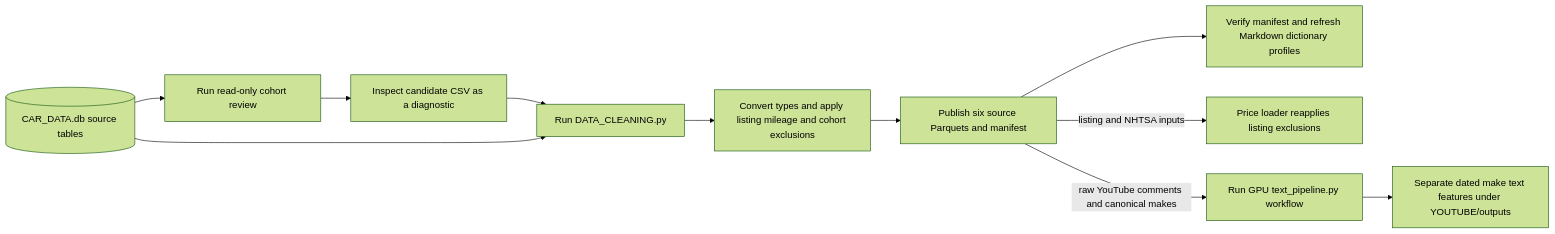
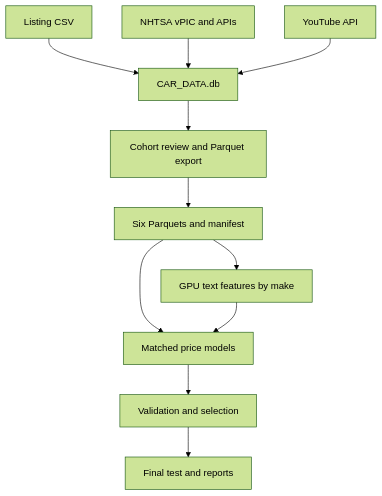
One commit to danielrdgez/DataScience_Capstone_Cars changed the diagram in README.md. Above: the diagram before and after it, drawn with Mermaid (forest theme). The commit also changed other lines of this file and 2 other files, not shown here.

Commit message:
Streamline project documentation and data dictionary

````diff
--- a/README.md
+++ b/README.md
@@ -487,13 +36,23 @@
 ```mermaid
-flowchart LR
-    DB[("CAR_DATA.db source tables")] --> R["Run read-only cohort review"]
-    R --> C["Inspect candidate CSV as a diagnostic"]
-    C --> X["Run DATA_CLEANING.py"]
-    DB --> X
-    X --> T["Convert types and apply listing mileage and cohort exclusions"]
-    T --> O["Publish six source Parquets and manifest"]
-    O --> P["Verify manifest and refresh Markdown dictionary profiles"]
-    O -->|listing and NHTSA inputs| M["Price loader reapplies listing exclusions"]
-    O -->|raw YouTube comments and canonical makes| Y["Run GPU text_pipeline.py workflow"]
-    Y --> F["Separate dated make text features under YOUTUBE/outputs"]
+flowchart TB
+  K["Listing CSV"]
+  N["NHTSA vPIC and APIs"]
+  Y["YouTube API"]
+  DB["CAR_DATA.db"]
+  R["Cohort review and Parquet export"]
+  P["Six Parquets and manifest"]
+  T["GPU text features by make"]
+  M["Matched price models"]
+  V["Validation and selection"]
+  E["Final test and reports"]
+  K --> DB
+  N --> DB
+  Y --> DB
+  DB --> R
+  R --> P
+  P --> T
+  P --> M
+  T --> M
+  M --> V
+  V --> E
 ```
````
